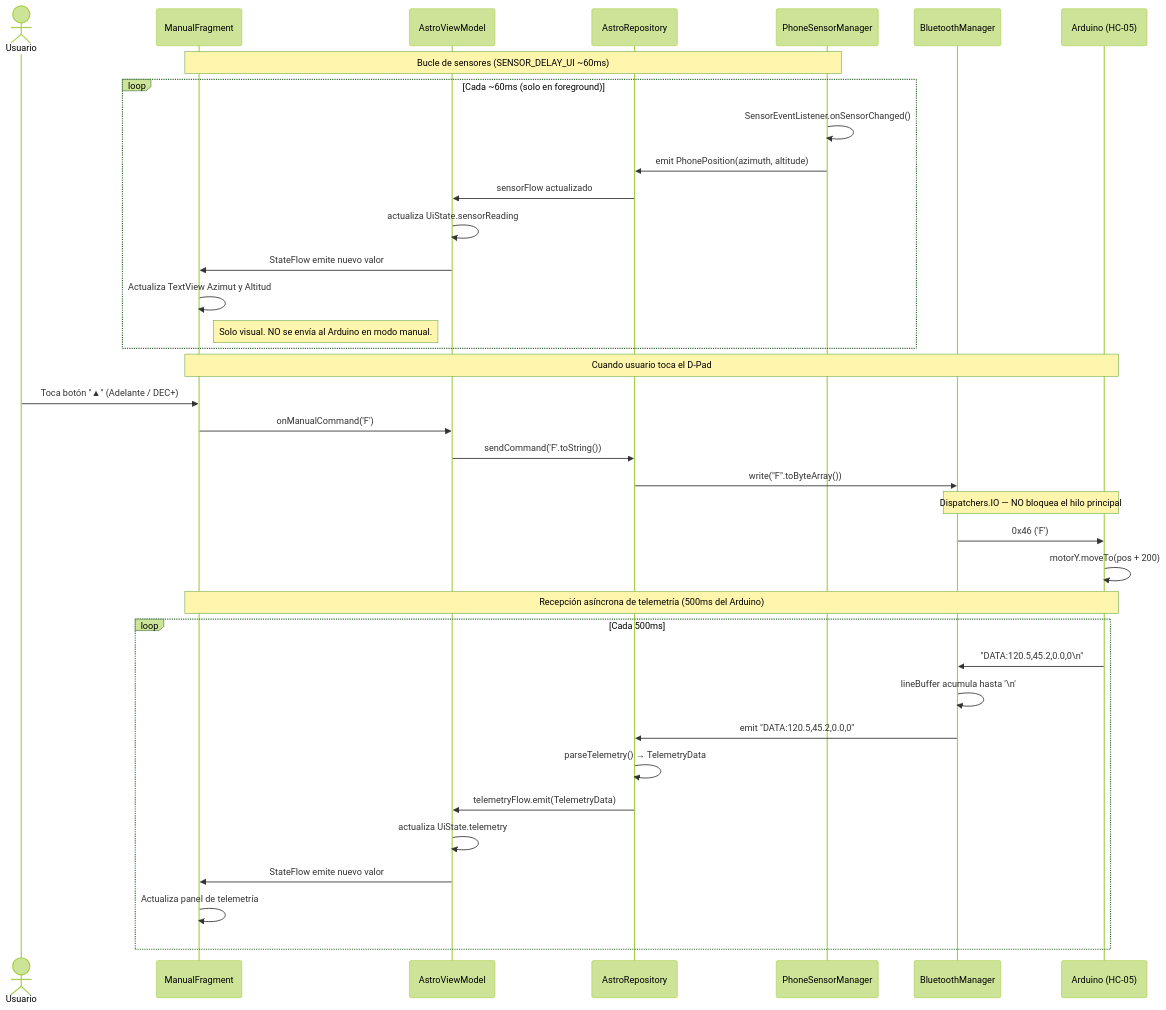
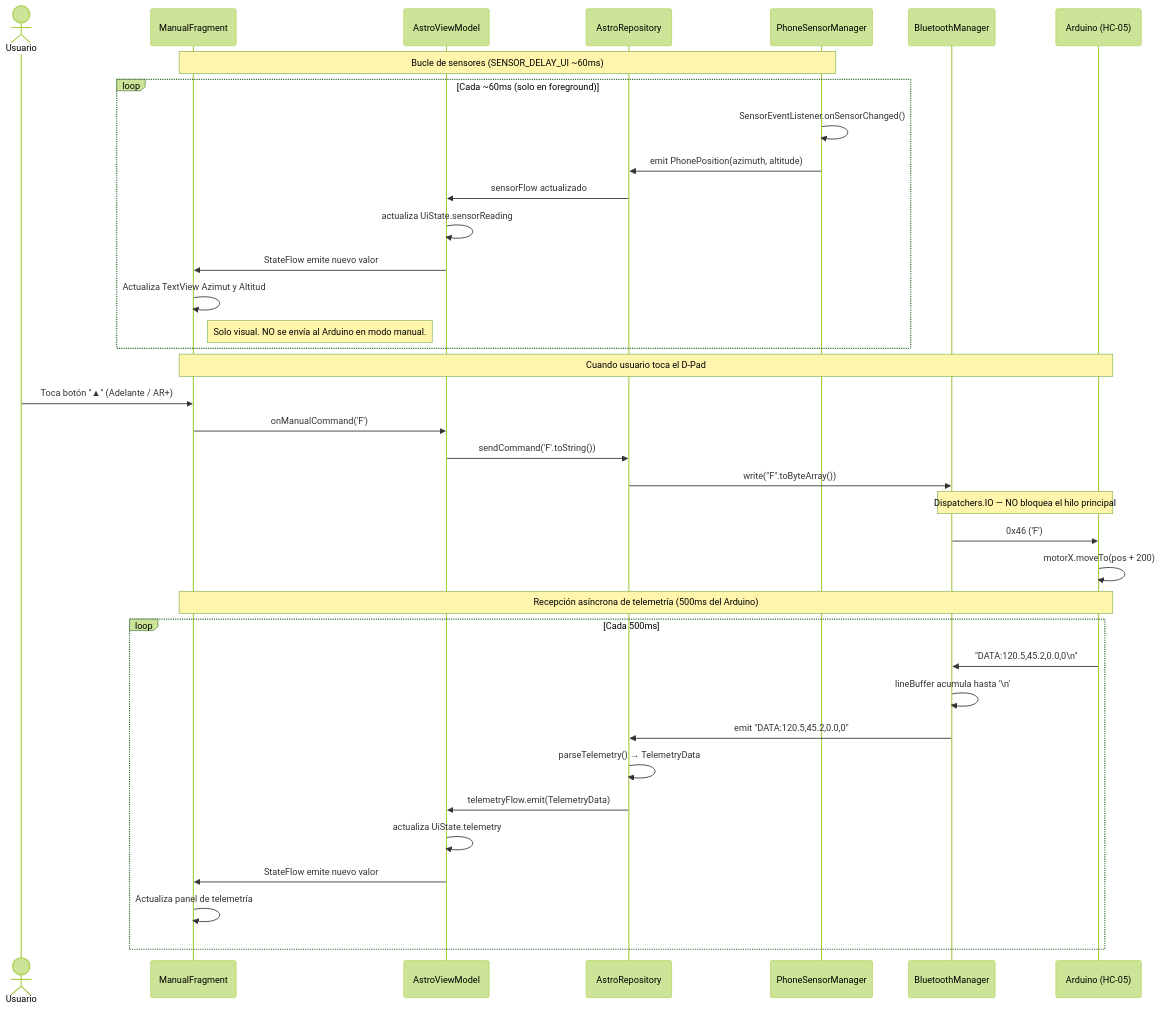
The second of 5 diagrams in Astrotracker/proyect_info/Documentación app/03_Diagramas_Secuencia.md (hernantoranzo-ux/astroTracker), drawn with Mermaid (forest theme) before and after one commit. The commit also changed 117 other files, not shown here.

````diff
--- a/Astrotracker/proyect_info/Documentación app/03_Diagramas_Secuencia.md
+++ b/Astrotracker/proyect_info/Documentación app/03_Diagramas_Secuencia.md
@@ -62,43 +62,43 @@
 ```mermaid
 sequenceDiagram
     actor Usuario
     participant UI as ManualFragment
     participant VM as AstroViewModel
     participant Repo as AstroRepository
     participant SensorMgr as PhoneSensorManager
     participant BT as BluetoothManager
     participant Arduino as Arduino (HC-05)
 
     Note over SensorMgr, UI: Bucle de sensores (SENSOR_DELAY_UI ~60ms)
     loop Cada ~60ms (solo en foreground)
         SensorMgr->>SensorMgr: SensorEventListener.onSensorChanged()
         SensorMgr->>Repo: emit PhonePosition(azimuth, altitude)
         Repo->>VM: sensorFlow actualizado
         VM->>VM: actualiza UiState.sensorReading
         VM->>UI: StateFlow emite nuevo valor
         UI->>UI: Actualiza TextView Azimut y Altitud
         Note right of UI: Solo visual. NO se envía al Arduino en modo manual.
     end
 
     Note over UI, Arduino: Cuando usuario toca el D-Pad
-    Usuario->>UI: Toca botón "▲" (Adelante / DEC+)
+    Usuario->>UI: Toca botón "▲" (Adelante / AR+)
     UI->>VM: onManualCommand('F')
     VM->>Repo: sendCommand('F'.toString())
     Repo->>BT: write("F".toByteArray())
 
     Note over BT, Arduino: Dispatchers.IO — NO bloquea el hilo principal
     BT->>Arduino: 0x46 ('F')
-    Arduino->>Arduino: motorY.moveTo(pos + 200)
+    Arduino->>Arduino: motorX.moveTo(pos + 200)
 
     Note over UI, Arduino: Recepción asíncrona de telemetría (500ms del Arduino)
     loop Cada 500ms
         Arduino->>BT: "DATA:120.5,45.2,0.0,0\n"
         BT->>BT: lineBuffer acumula hasta '\n'
         BT->>Repo: emit "DATA:120.5,45.2,0.0,0"
         Repo->>Repo: parseTelemetry() → TelemetryData
         Repo->>VM: telemetryFlow.emit(TelemetryData)
         VM->>VM: actualiza UiState.telemetry
         VM->>UI: StateFlow emite nuevo valor
         UI->>UI: Actualiza panel de telemetría
     end
 ```
````
